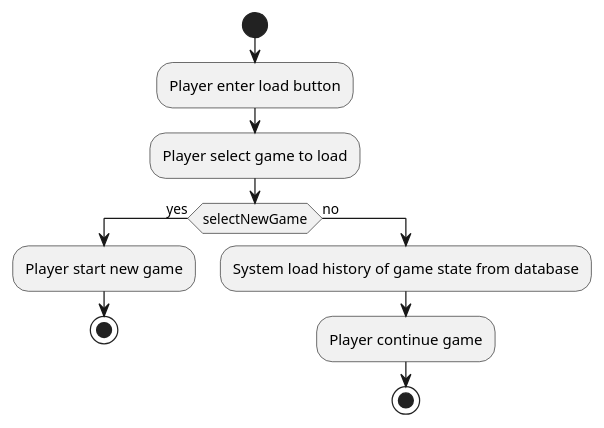
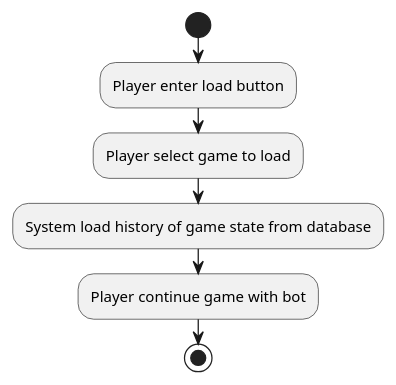
One commit to nthanq2505/PlantUML-for-ChessGame changed the diagram in activities/playerLoadGame.pu. Above: the diagram before and after it, drawn with PlantUML. The commit also changed 13 other files, not shown here.

```diff
--- a/activities/playerLoadGame.pu
+++ b/activities/playerLoadGame.pu
@@ -1,15 +1,12 @@
 @startuml
 
 start
 
 :Player enter load button;
 :Player select game to load;
-if (selectNewGame) then (yes)
-    :Player start new game;
-    stop
-else (no)
-    :System load history of game state from database;
-    :Player continue game;
-    stop
+:System load history of game state from database;
+:Player continue game with bot;
+
+stop
 
 @enduml
```
